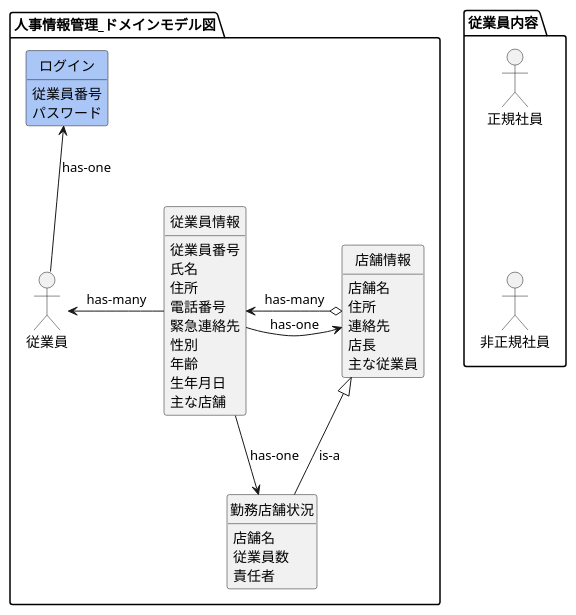
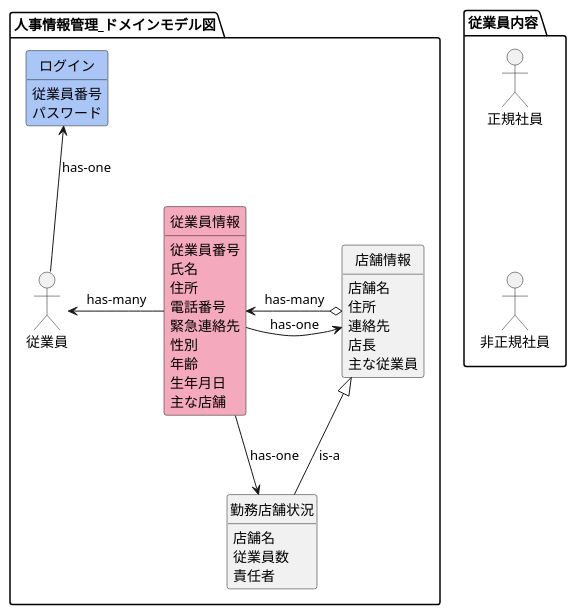
Before and after one commit to HaruShim/Sotuken: the diagram in 各種設計書/1ドメインモデル図/ドメインモデル図_人事.wsd, drawn with PlantUML. The commit also changed 2 other files, not shown here.

```diff
--- a/各種設計書/1ドメインモデル図/ドメインモデル図_人事.wsd
+++ b/各種設計書/1ドメインモデル図/ドメインモデル図_人事.wsd
@@ -1,61 +1,61 @@
 @startuml domainmodel
 ' left to right direction
 
 hide circle
 hide method
 
 package 従業員内容 {
   mix_actor 正規社員 
   mix_actor 非正規社員
 }
 
 正規社員 -[hidden]- 非正規社員
 
 package 人事情報管理_ドメインモデル図{
   mix_actor 従業員
-  class 従業員情報
+  class 従業員情報 #F5A9BC
   class 店舗情報
-  class 勤務店舗状況
+  class 勤務店舗状況 
   class ログイン #A9C6F6
 
   従業員情報 -[hidden]left- 従業員
 
   ログイン : 従業員番号
   ログイン : パスワード
 
   従業員情報 : 従業員番号
   従業員情報 : 氏名
   従業員情報 : 住所
   従業員情報 : 電話番号
   従業員情報 : 緊急連絡先
   従業員情報 : 性別
   従業員情報 : 年齢
   従業員情報 : 生年月日
   従業員情報 : 主な店舗
   店舗情報 : 店舗名
   店舗情報 : 住所
   店舗情報 : 連絡先
   店舗情報 : 店長
   店舗情報 : 主な従業員
   勤務店舗状況 : 店舗名
   勤務店舗状況 : 従業員数
   勤務店舗状況 : 責任者
 
   従業員 -up-> ログイン : has-one 
   従業員 <- 従業員情報 : has-many
   従業員情報 -right-> 店舗情報 : has-one 
   従業員情報 --> 勤務店舗状況 : has-one
   店舗情報 <|-- 勤務店舗状況 : is-a
   ' 従業員情報 -[hidden]- 店舗情報
   ' 従業員情報 --> 店舗情報
   店舗情報 o--> 従業員情報 : has-many
   ' 店舗情報 -[hidden]down- 勤務店舗状況
 
   ' 正規社員 -[hidden]up- 従業員情報 
 
   ' 正規社員 -> 従業員情報 : has-one
   ' 非正規社員 -> 従業員情報 : has-one
   ' 非正規社員 -> 勤務店舗状況 : has-one
   ' 店舗情報 o--> 勤務店舗状況 :has-many
 }
 @enduml
```
